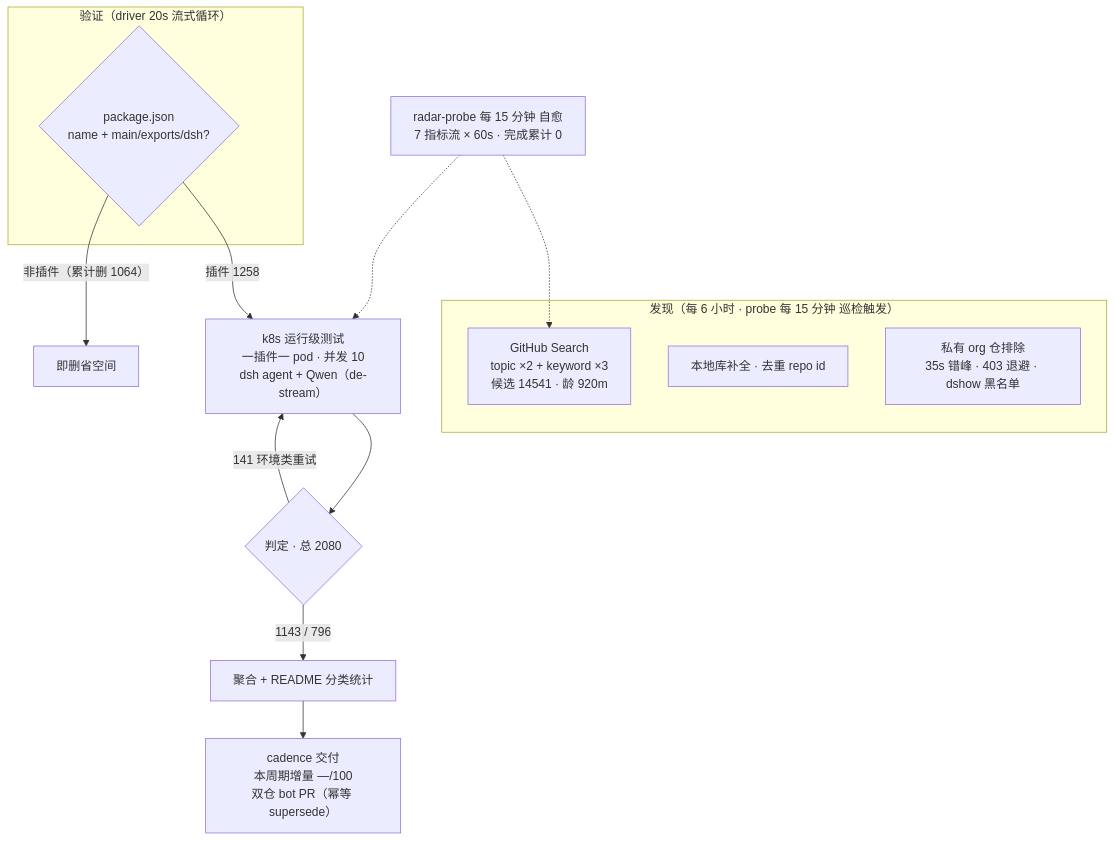
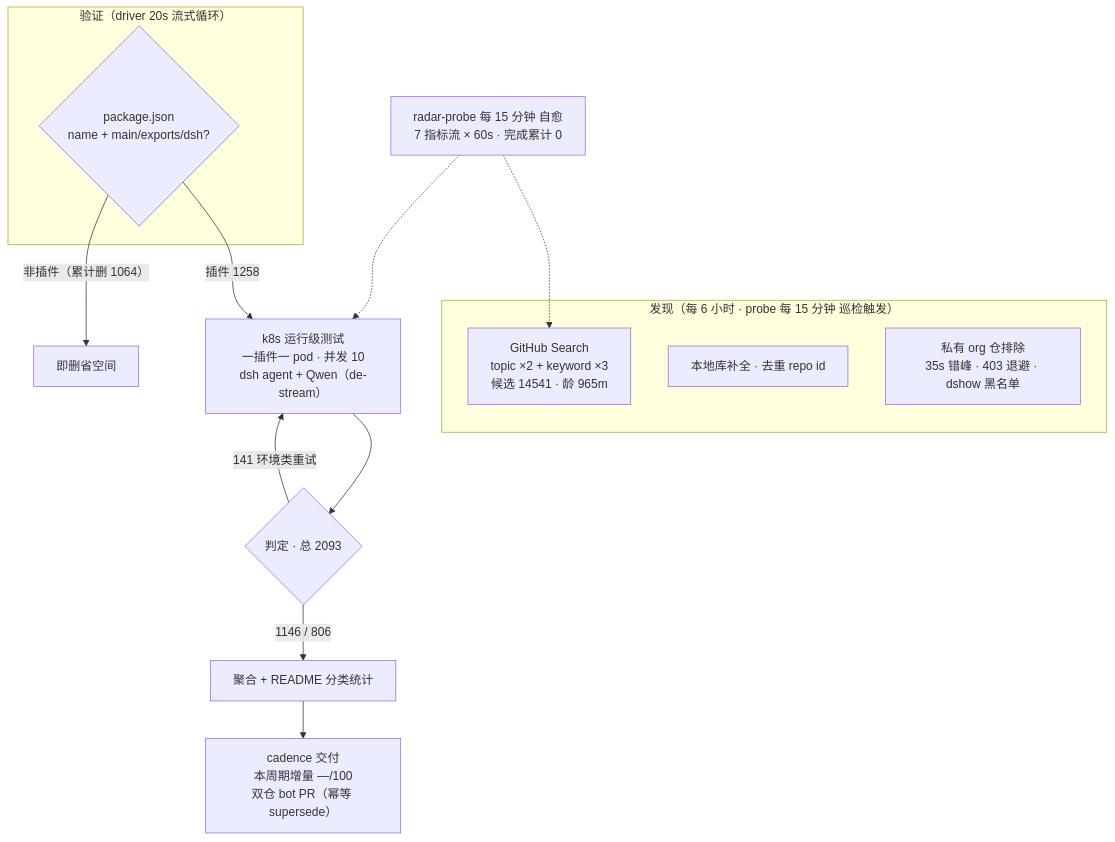
Before and after one commit to Zhidao-Lab-OSS/awesome-dsh-plugins: the diagram in README.md, drawn with Mermaid. The commit also changed other lines of this file and 1 other file, not shown here.

````diff
--- a/README.md
+++ b/README.md
@@ -37,20 +37,20 @@
 ```mermaid
 flowchart TB
     subgraph Discovery["发现（每 6 小时 · probe 每 15 分钟 巡检触发）"]
-        A1["GitHub Search<br/>topic ×2 + keyword ×3<br/>候选 14541 · 龄 920m"]
+        A1["GitHub Search<br/>topic ×2 + keyword ×3<br/>候选 14541 · 龄 965m"]
         A2["本地库补全 · 去重 repo id"]
         A3["私有 org 仓排除<br/>35s 错峰 · 403 退避 · dshow 黑名单"]
     end
     subgraph Validation["验证（driver 20s 流式循环）"]
         B1{"package.json<br/>name + main/exports/dsh?"}
     end
     B1 -->|"插件 1258"| C1["k8s 运行级测试<br/>一插件一 pod · 并发 10<br/>dsh agent + Qwen（de-stream）"]
     B1 -->|"非插件（累计删 1064）"| B3["即删省空间"]
-    C1 --> D1{"判定 · 总 2080"}
-    D1 -->|"1143 / 796"| E1["聚合 + README 分类统计"]
+    C1 --> D1{"判定 · 总 2093"}
+    D1 -->|"1146 / 806"| E1["聚合 + README 分类统计"]
     D1 -->|"141 环境类重试"| C1
     E1 --> E2["cadence 交付<br/>本周期增量 —/100<br/>双仓 bot PR（幂等 supersede）"]
     M["radar-probe 每 15 分钟 自愈<br/>7 指标流 × 60s · 完成累计 0"]
     M -.-> A1
     M -.-> C1
 ```
````
